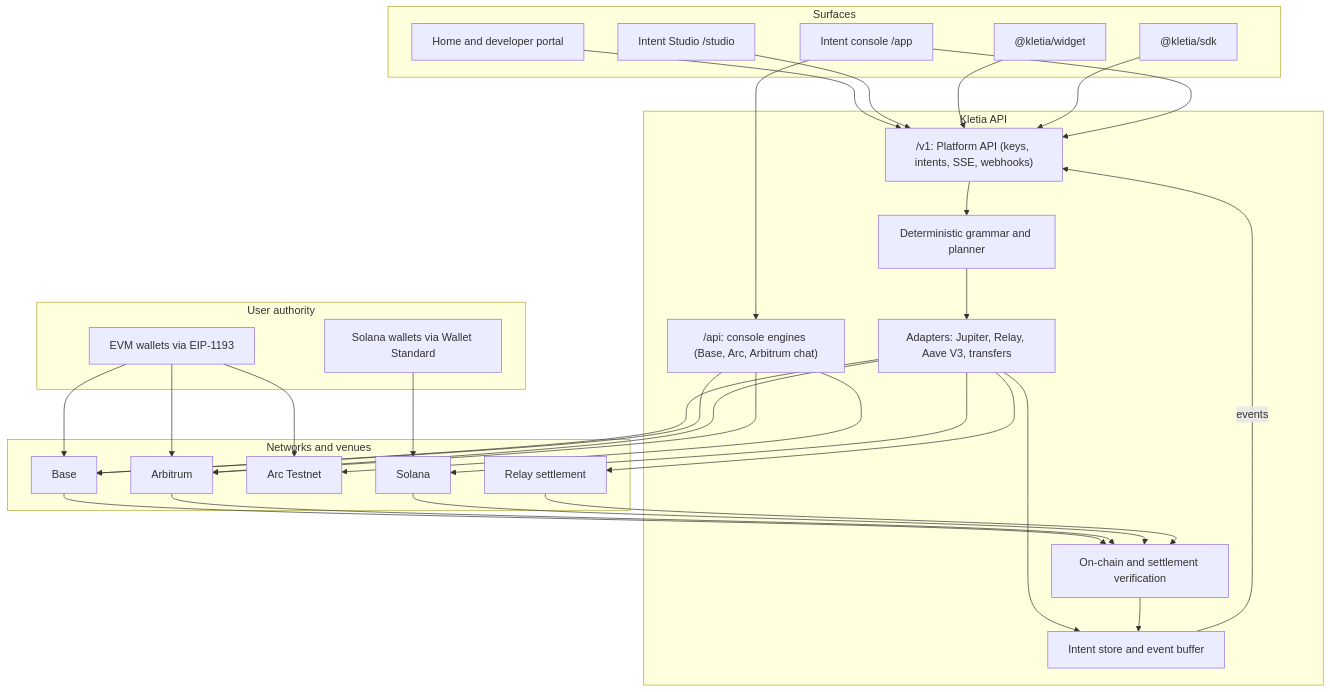
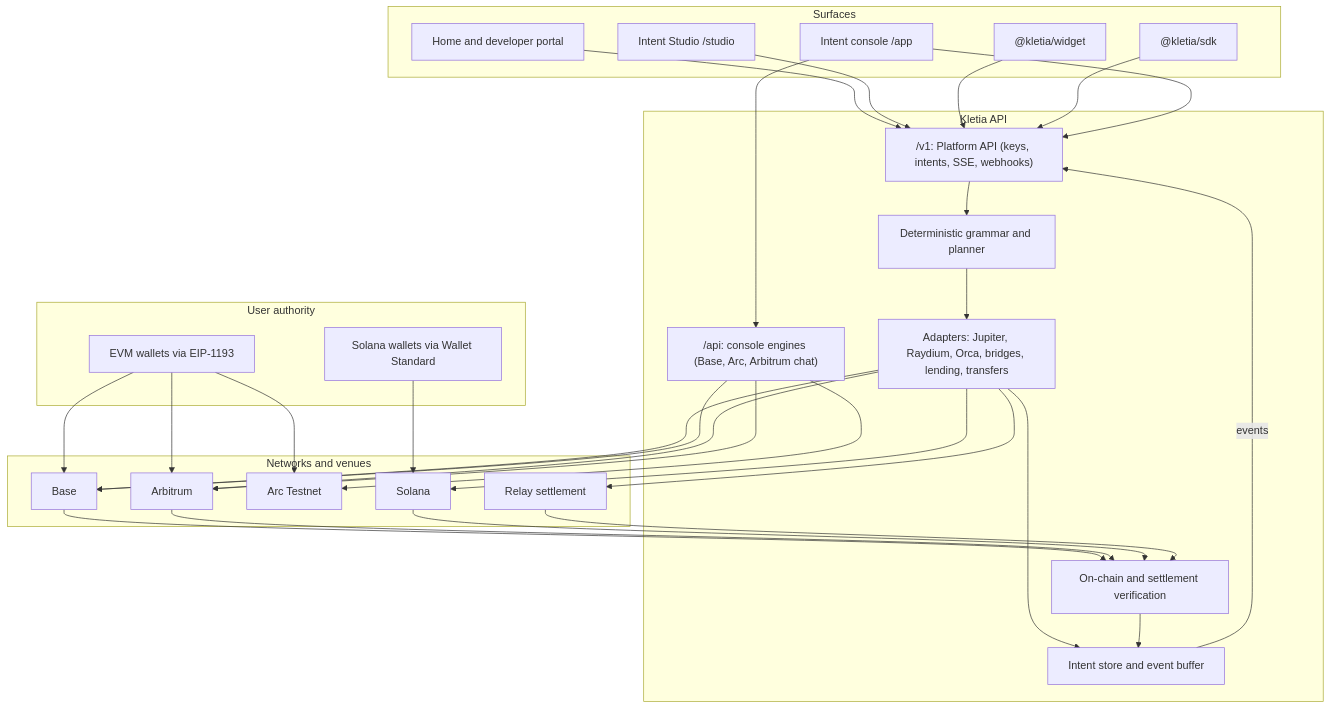
Before and after one commit to furkan3152/Kletia: the first of 2 diagrams in docs/architecture/overview.md, drawn with Mermaid. The commit also changed other lines of this file and 125 other files, not shown here.

````diff
--- a/docs/architecture/overview.md
+++ b/docs/architecture/overview.md
@@ -25,43 +34,43 @@
 ```mermaid
 flowchart TB
     subgraph Surfaces[Surfaces]
       Home[Home and developer portal]
       Console[Intent console /app]
       Studio[Intent Studio /studio]
       Widget["@kletia/widget"]
       SDK["@kletia/sdk"]
     end
 
     subgraph Wallets[User authority]
       EVM[EVM wallets via EIP-1193]
       SOL[Solana wallets via Wallet Standard]
     end
 
     subgraph API[Kletia API]
       AppRoutes["/api: console engines (Base, Arc, Arbitrum chat)"]
       V1["/v1: Platform API (keys, intents, SSE, webhooks)"]
       Planner[Deterministic grammar and planner]
-      Adapters[Adapters: Jupiter, Relay, Aave V3, transfers]
+      Adapters[Adapters: Jupiter, Raydium, Orca, bridges, lending, transfers]
       Store[Intent store and event buffer]
       Verify[On-chain and settlement verification]
     end
 
     subgraph Networks[Networks and venues]
       Base[Base]
       Arb[Arbitrum]
       Arc[Arc Testnet]
       Sol[Solana]
       Relay[Relay settlement]
     end
 
     Home & Studio & Widget & SDK --> V1
     Console --> AppRoutes
     Console --> V1
     V1 --> Planner --> Adapters --> Store
     Adapters --> Base & Arb & Sol & Relay
     AppRoutes --> Base & Arc & Arb
     EVM --> Base & Arb & Arc
     SOL --> Sol
     Base & Arb & Sol & Relay --> Verify --> Store
     Store -- events --> V1
 ```
````
